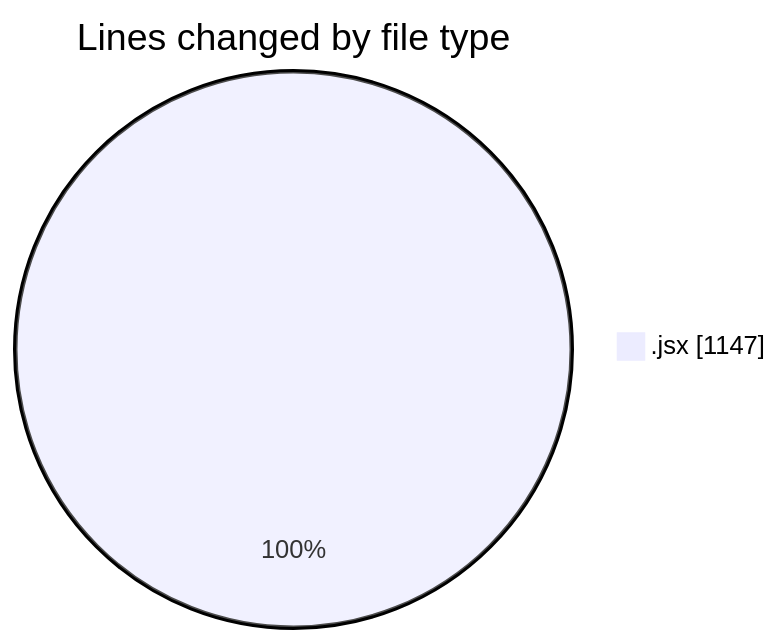
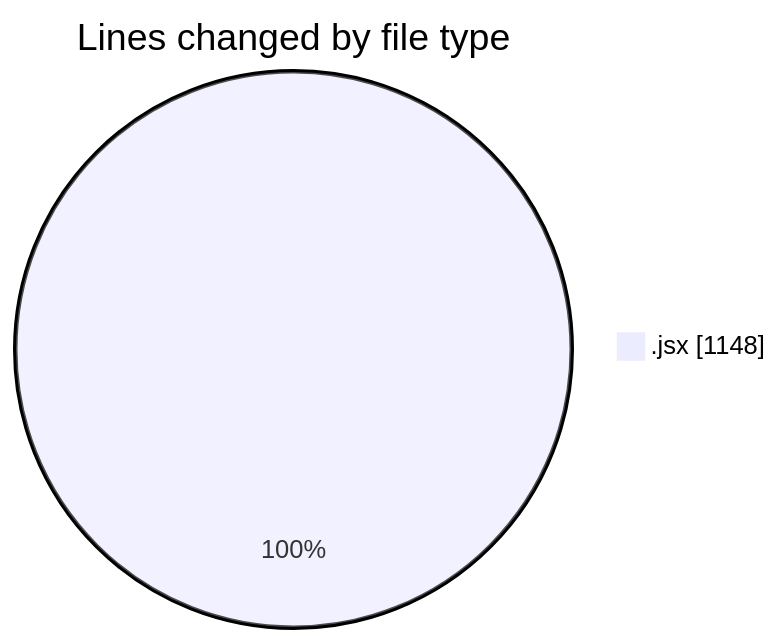
Before and after one commit to nxtqubesakshisongat/code-tracking: the first of 2 diagrams in 2025-08-22/nxtqube_webapp/README.md, drawn with Mermaid. The commit also changed other lines of this file and 1 other file, not shown here.

````diff
--- a/2025-08-22/nxtqube_webapp/README.md
+++ b/2025-08-22/nxtqube_webapp/README.md
@@ -20,5 +20,5 @@
 ```mermaid
 pie showData
 title Lines changed by file type
-".jsx" : 1147
+".jsx" : 1148
 ```
````
